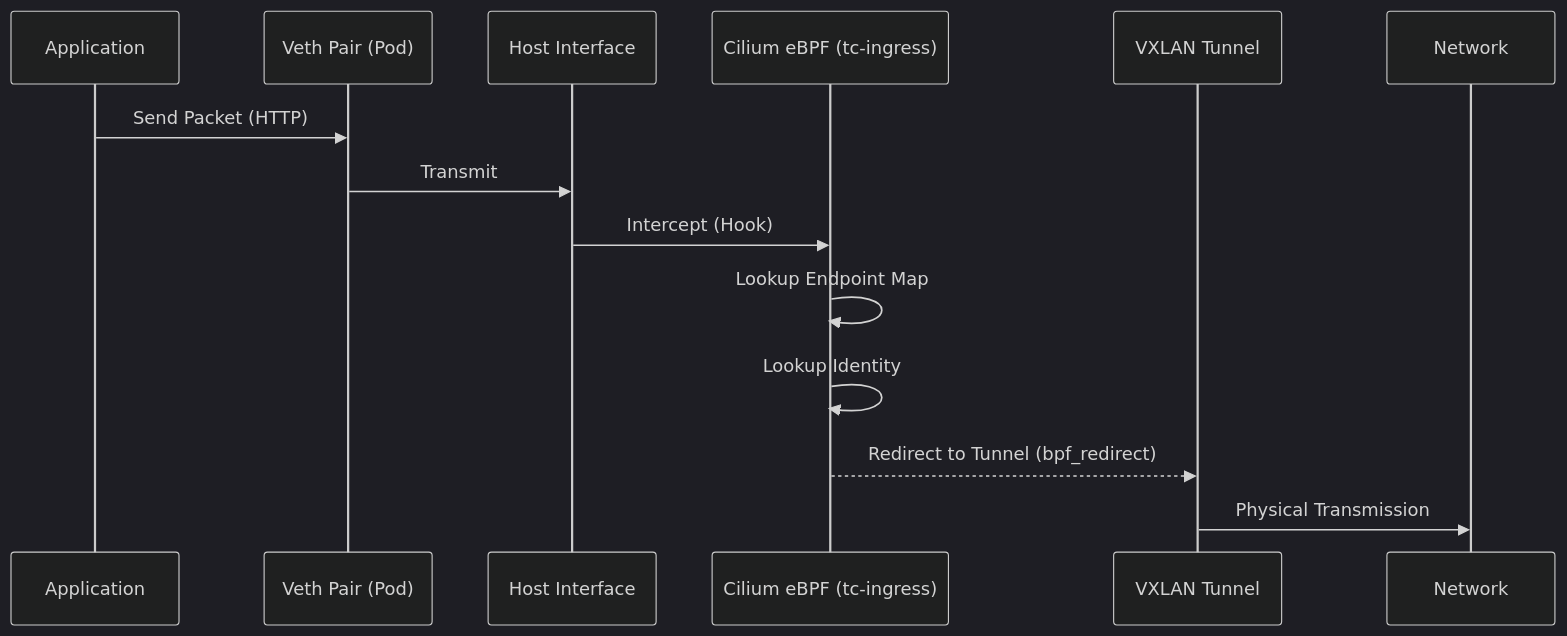
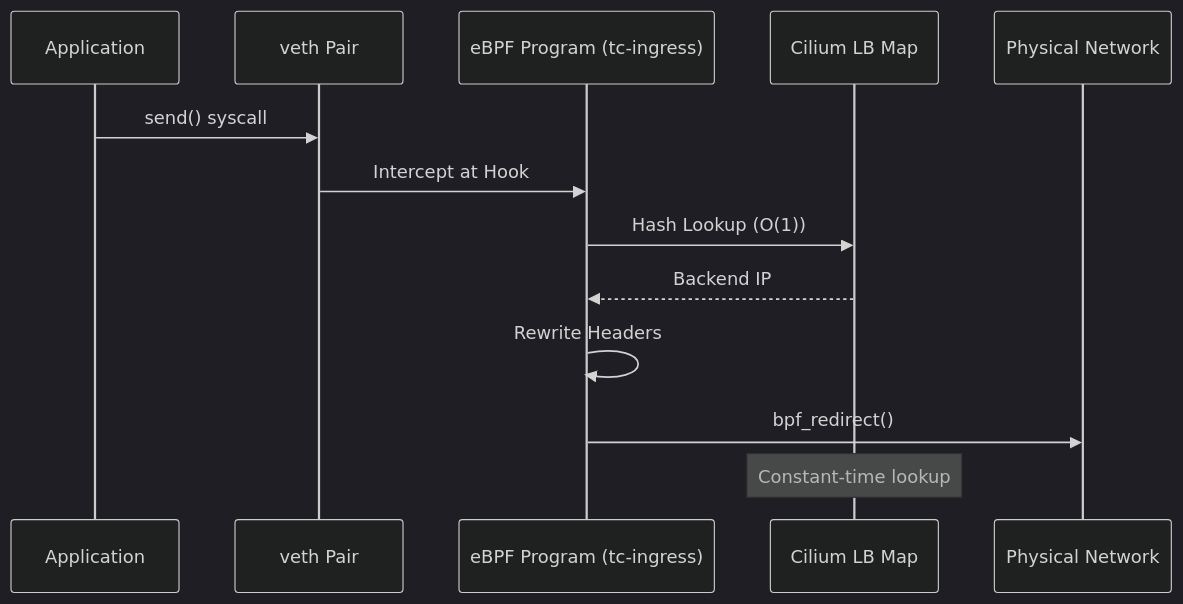
Before and after one commit to Dev10-sys/cilium-pillar-pages-proposal: the fourth of 34 diagrams in proposals/LFX_Mentorship_Proposal.md, drawn with Mermaid (dark theme). The commit also changed other lines of this file, not shown here.

````diff
--- a/proposals/LFX_Mentorship_Proposal.md
+++ b/proposals/LFX_Mentorship_Proposal.md
@@ -143,16 +176,17 @@
 ```mermaid
 sequenceDiagram
     participant App as Application
-    participant Veth as Veth Pair (Pod)
-    participant Host as Host Interface
-    participant eBPF as Cilium eBPF (tc-ingress)
-    participant Encap as VXLAN Tunnel
+    participant Veth as veth Pair
+    participant eBPF as eBPF Program (tc-ingress)
+    participant Map as Cilium LB Map
+    participant Network as Physical Network
 
-    App->>Veth: Send Packet (HTTP)
-    Veth->>Host: Transmit
-    Host->>eBPF: Intercept (Hook)
-    eBPF->>eBPF: Lookup Endpoint Map
-    eBPF->>eBPF: Lookup Identity
-    eBPF-->>Encap: Redirect to Tunnel (bpf_redirect)
-    Encap->>Network: Physical Transmission
+    App->>Veth: send() syscall
+    Veth->>eBPF: Intercept at Hook
+    eBPF->>Map: Hash Lookup (O(1))
+    Map-->>eBPF: Backend IP
+    eBPF->>eBPF: Rewrite Headers
+    eBPF->>Network: bpf_redirect()
+
+    Note over Map: Constant-time lookup
 ```
````
